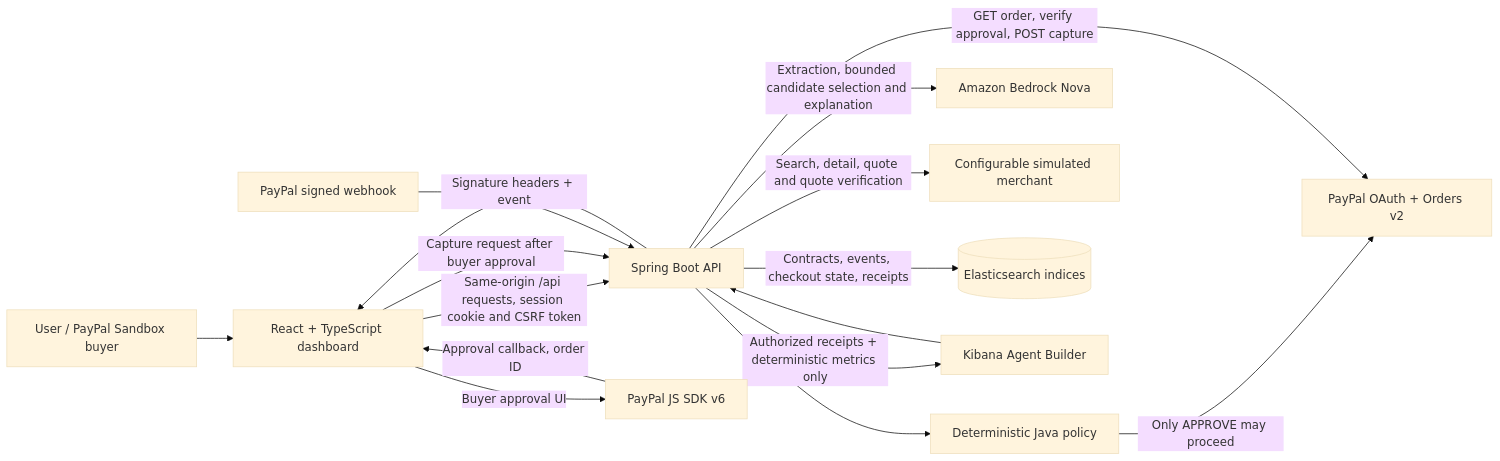
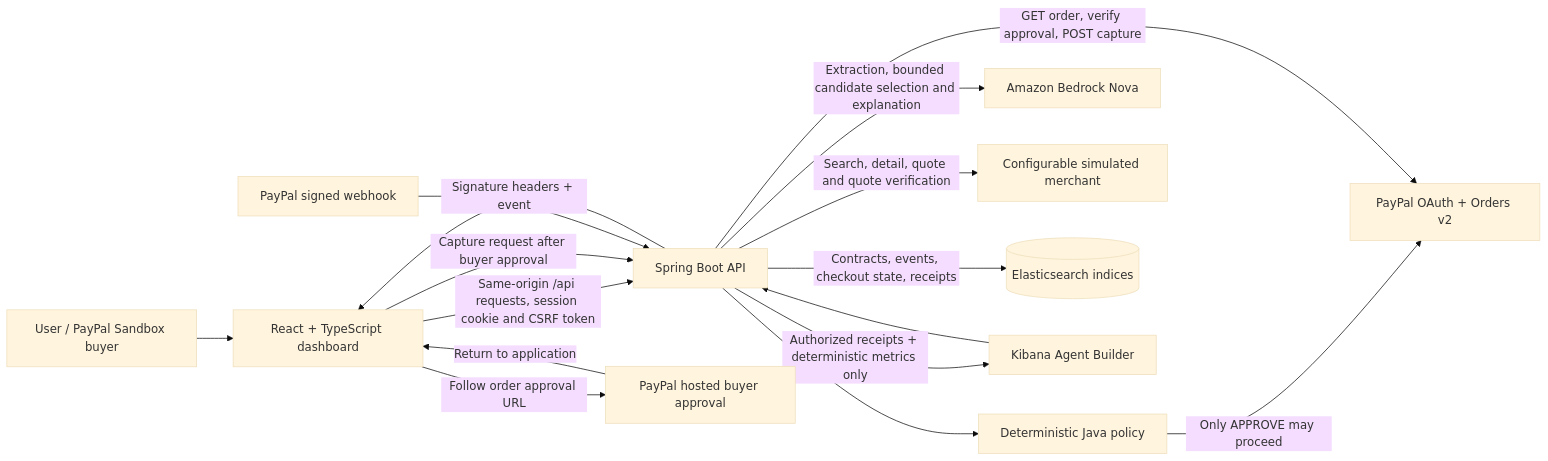
One commit to aashanashanu/intent-os changed the first of 4 diagrams in docs/architecture.md. Above: the diagram before and after it, drawn with Mermaid (base theme). The commit also changed other lines of this file and 19 other files, not shown here.

````diff
--- a/docs/architecture.md
+++ b/docs/architecture.md
@@ -7,30 +7,30 @@
 ```mermaid
 flowchart LR
     Person[User / PayPal Sandbox buyer]
     Browser[React + TypeScript dashboard]
     Api[Spring Boot API]
     JavaPolicy[Deterministic Java policy]
     Bedrock[Amazon Bedrock Nova]
     Merchant[Configurable simulated merchant]
     PayPalOrders[PayPal OAuth + Orders v2]
-    PayPalSDK[PayPal JS SDK v6]
+    PayPalApproval[PayPal hosted buyer approval]
     PayPalWebhook[PayPal signed webhook]
     Elasticsearch[(Elasticsearch indices)]
     Kibana[Kibana Agent Builder]
 
     Person --> Browser
     Browser -->|Same-origin /api requests, session cookie and CSRF token| Api
     Api -->|Extraction, bounded candidate selection and explanation| Bedrock
     Api -->|Search, detail, quote and quote verification| Merchant
     Api --> JavaPolicy
     JavaPolicy -->|Only APPROVE may proceed| PayPalOrders
-    Browser -->|Buyer approval UI| PayPalSDK
-    PayPalSDK -->|Approval callback, order ID| Browser
+    Browser -->|Follow order approval URL| PayPalApproval
+    PayPalApproval -->|Return to application| Browser
     Browser -->|Capture request after buyer approval| Api
     Api -->|GET order, verify approval, POST capture| PayPalOrders
     PayPalWebhook -->|Signature headers + event| Api
     Api -->|Contracts, events, checkout state, receipts| Elasticsearch
     Api -->|Authorized receipts + deterministic metrics only| Kibana
     Kibana --> Api
     Api --> Browser
 ```
````
